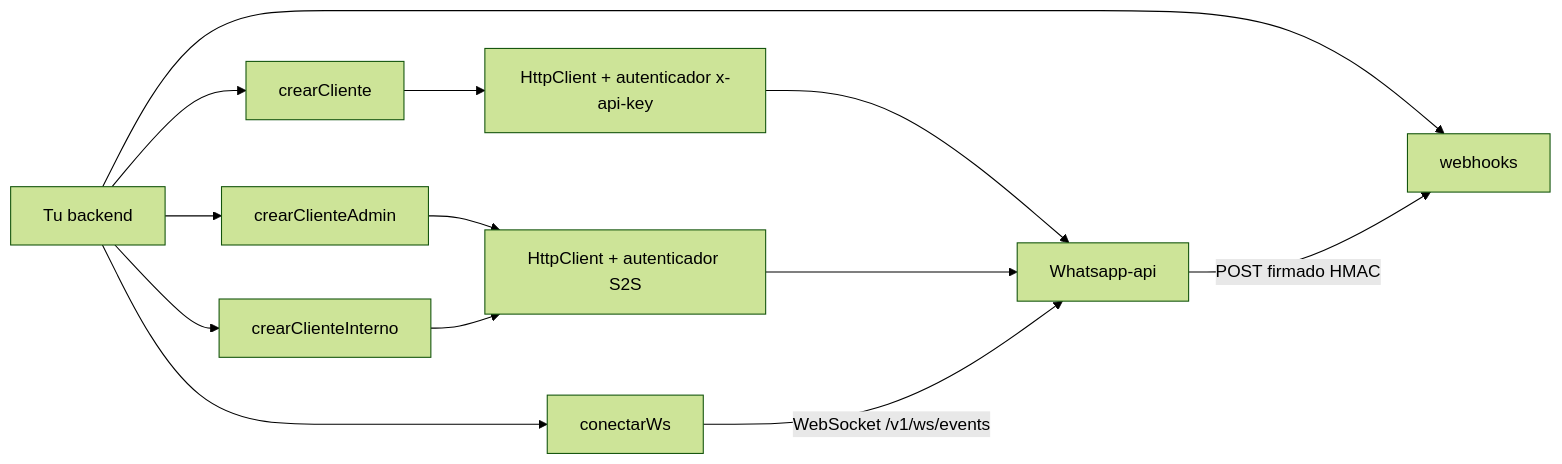
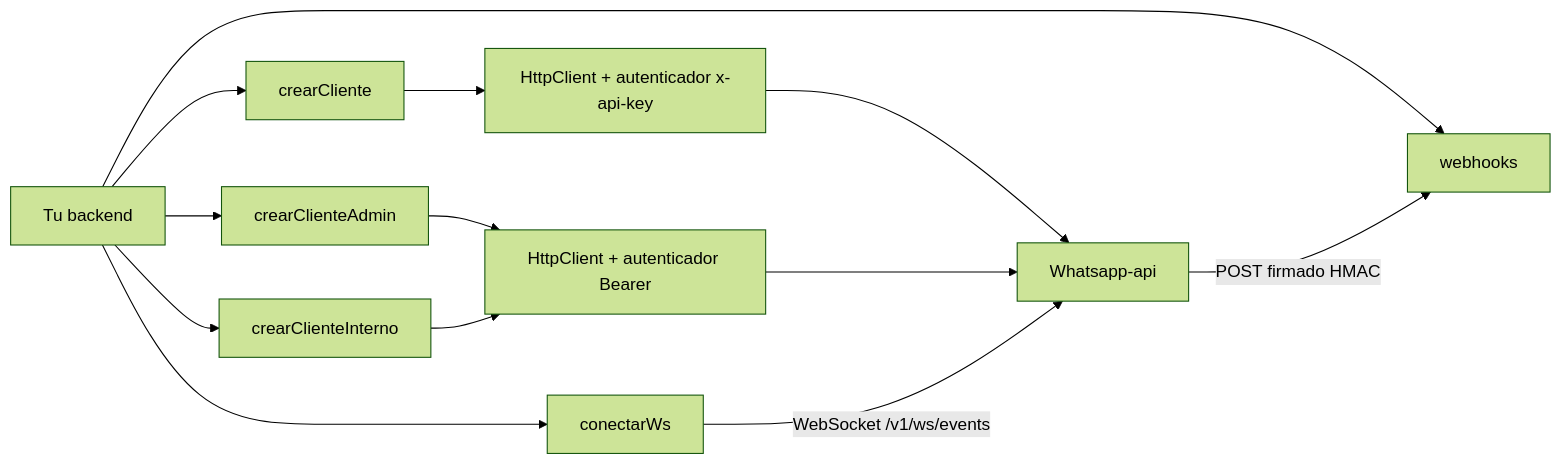
Before and after one commit to eva-solutions-org/whatsapp-sdk: the diagram in docs/architecture.md, drawn with Mermaid (forest theme). The commit also changed other lines of this file and 51 other files, not shown here.

````diff
--- a/docs/architecture.md
+++ b/docs/architecture.md
@@ -5,15 +5,15 @@
 ```mermaid
 flowchart LR
   A[Tu backend] --> B[crearCliente]
   A --> W[webhooks]
   A --> S[conectarWs]
   A --> C[crearClienteAdmin]
   A --> D[crearClienteInterno]
   B --> H[HttpClient + autenticador x-api-key]
-  C --> I[HttpClient + autenticador S2S]
+  C --> I[HttpClient + autenticador Bearer]
   D --> I
   H --> API[Whatsapp-api]
   I --> API
   S -->|WebSocket /v1/ws/events| API
   API -->|POST firmado HMAC| W
 ```
````
